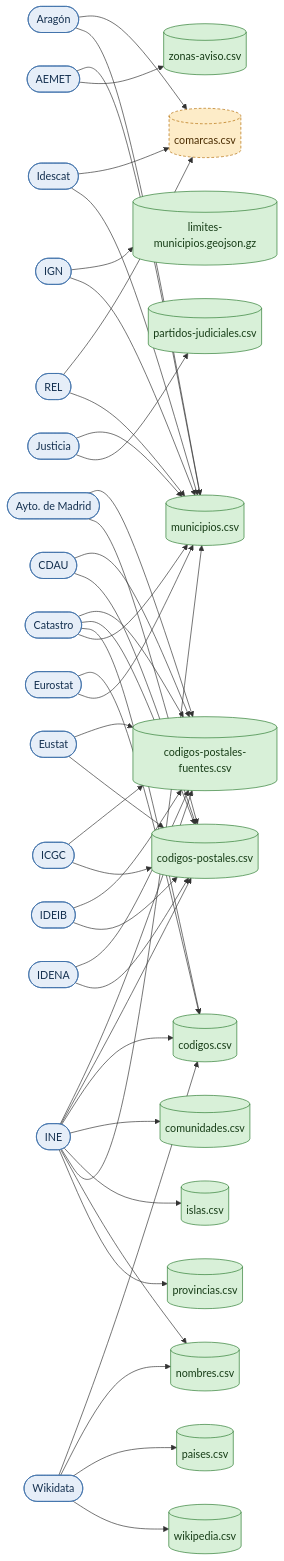
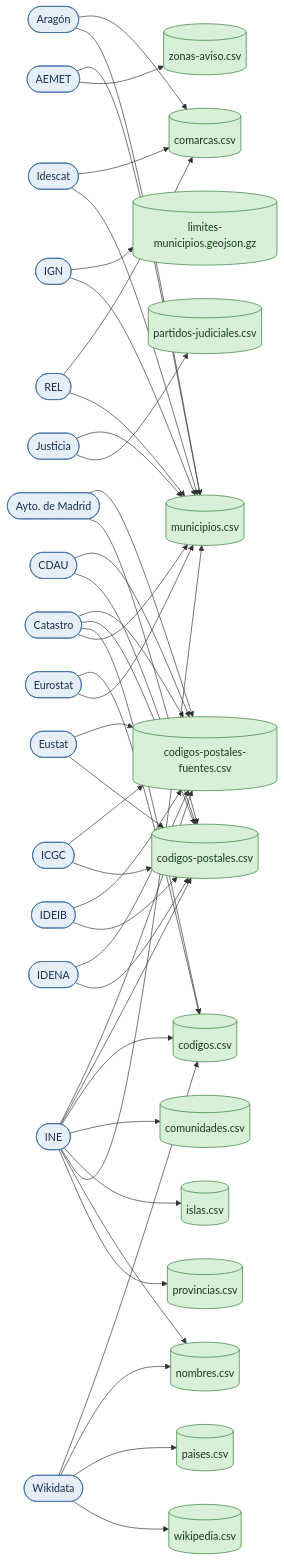
The fifth of 6 diagrams in docs/estado.md (alertapublica/territorios-es), drawn with Mermaid before and after one commit. The commit also changed other lines of this file and 2 other files, not shown here.

Commit message:
Estado: regenerado con los datos de main (comarcas incluidas); generar.yml también lo regenera al subir datos a una rama

````diff
--- a/docs/estado.md
+++ b/docs/estado.md
@@ -207,78 +207,78 @@
 ```mermaid
 flowchart LR
   o_AEMET(["AEMET"]):::box
   o_Aragón(["Aragón"]):::box
   o_Ayto__de_Madrid(["Ayto. de Madrid"]):::box
   o_CDAU(["CDAU"]):::box
   o_Catastro(["Catastro"]):::box
   o_Eurostat(["Eurostat"]):::box
   o_Eustat(["Eustat"]):::box
   o_ICGC(["ICGC"]):::box
   o_IDEIB(["IDEIB"]):::box
   o_IDENA(["IDENA"]):::box
   o_IGN(["IGN"]):::box
   o_INE(["INE"]):::box
   o_Idescat(["Idescat"]):::box
   o_Justicia(["Justicia"]):::box
   o_REL(["REL"]):::box
   o_Wikidata(["Wikidata"]):::box
   f_codigos_postales_fuentes_csv[("codigos-postales-fuentes.csv")]:::done
   f_codigos_postales_csv[("codigos-postales.csv")]:::done
   f_codigos_csv[("codigos.csv")]:::done
-  f_comarcas_csv[("comarcas.csv")]:::todo
+  f_comarcas_csv[("comarcas.csv")]:::done
   f_comunidades_csv[("comunidades.csv")]:::done
   f_islas_csv[("islas.csv")]:::done
   f_limites_municipios_geojson_gz[("limites-municipios.geojson.gz")]:::done
   f_municipios_csv[("municipios.csv")]:::done
   f_nombres_csv[("nombres.csv")]:::done
   f_paises_csv[("paises.csv")]:::done
   f_partidos_judiciales_csv[("partidos-judiciales.csv")]:::done
   f_provincias_csv[("provincias.csv")]:::done
   f_wikipedia_csv[("wikipedia.csv")]:::done
   f_zonas_aviso_csv[("zonas-aviso.csv")]:::done
   o_AEMET --> f_municipios_csv
   o_AEMET --> f_zonas_aviso_csv
   o_Aragón --> f_comarcas_csv
   o_Aragón --> f_municipios_csv
   o_Ayto__de_Madrid --> f_codigos_postales_fuentes_csv
   o_Ayto__de_Madrid --> f_codigos_postales_csv
   o_CDAU --> f_codigos_postales_fuentes_csv
   o_CDAU --> f_codigos_postales_csv
   o_Catastro --> f_codigos_postales_fuentes_csv
   o_Catastro --> f_codigos_postales_csv
   o_Catastro --> f_codigos_csv
   o_Catastro --> f_municipios_csv
   o_Eurostat --> f_codigos_csv
   o_Eurostat --> f_municipios_csv
   o_Eustat --> f_codigos_postales_fuentes_csv
   o_Eustat --> f_codigos_postales_csv
   o_ICGC --> f_codigos_postales_fuentes_csv
   o_ICGC --> f_codigos_postales_csv
   o_IDEIB --> f_codigos_postales_fuentes_csv
   o_IDEIB --> f_codigos_postales_csv
   o_IDENA --> f_codigos_postales_fuentes_csv
   o_IDENA --> f_codigos_postales_csv
   o_IGN --> f_limites_municipios_geojson_gz
   o_IGN --> f_municipios_csv
   o_INE --> f_codigos_postales_fuentes_csv
   o_INE --> f_codigos_postales_csv
   o_INE --> f_codigos_csv
   o_INE --> f_comunidades_csv
   o_INE --> f_islas_csv
   o_INE --> f_municipios_csv
   o_INE --> f_nombres_csv
   o_INE --> f_provincias_csv
   o_Idescat --> f_comarcas_csv
   o_Idescat --> f_municipios_csv
   o_Justicia --> f_municipios_csv
   o_Justicia --> f_partidos_judiciales_csv
   o_REL --> f_comarcas_csv
   o_REL --> f_municipios_csv
   o_Wikidata --> f_codigos_csv
   o_Wikidata --> f_nombres_csv
   o_Wikidata --> f_paises_csv
   o_Wikidata --> f_wikipedia_csv
   classDef done fill:#d8f0d8,stroke:#2e7d32,color:#173d17
   classDef todo fill:#fdecc8,stroke:#b26a00,color:#4a2c00,stroke-dasharray:4 3
   classDef box fill:#e6eef8,stroke:#3b6ea8,color:#14304f
 ```
````
